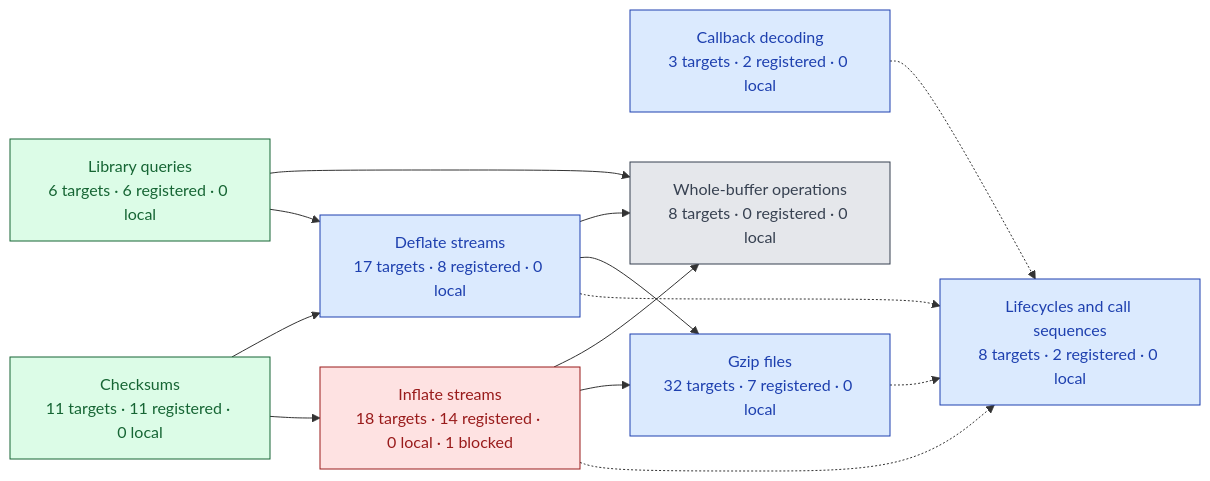
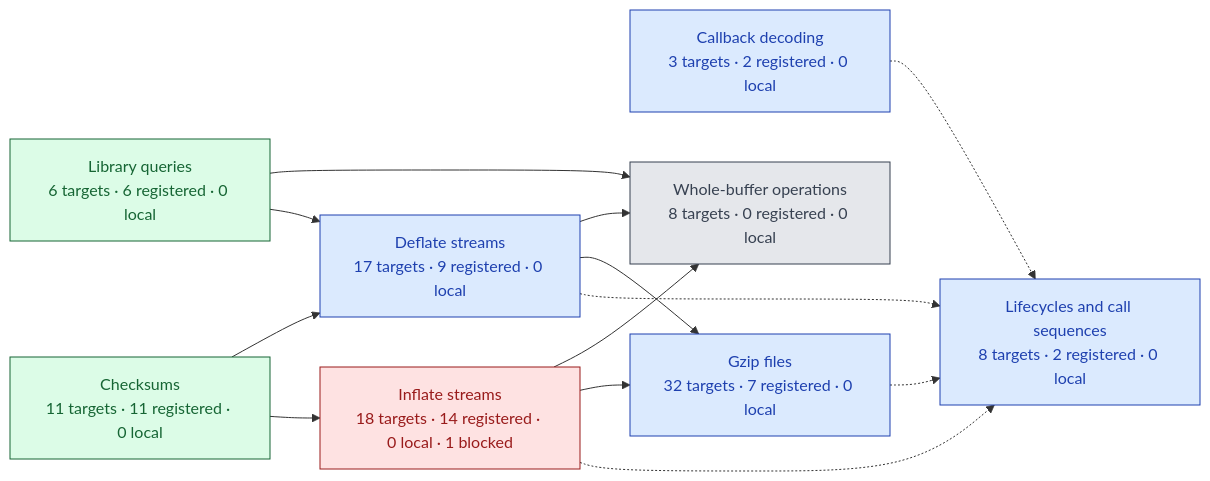
Before and after one commit to cla7aye15I4nd/zlib-f: the first of 3 diagrams in docs/overview.md, drawn with Mermaid. The commit also changed other lines of this file and 2 other files, not shown here.

Commit message:
Record the registered default initialization milestone

````diff
--- a/docs/overview.md
+++ b/docs/overview.md
@@ -37,35 +37,35 @@
 ```mermaid
 flowchart LR
   queries["Library queries<br/>6 targets · 6 registered · 0 local"]:::registered
   checksums["Checksums<br/>11 targets · 11 registered · 0 local"]:::registered
   inflate["Inflate streams<br/>18 targets · 14 registered · 0 local · 1 blocked"]:::blocked
-  deflate["Deflate streams<br/>17 targets · 8 registered · 0 local"]:::local
+  deflate["Deflate streams<br/>17 targets · 9 registered · 0 local"]:::local
   back["Callback decoding<br/>3 targets · 2 registered · 0 local"]:::local
   gzip["Gzip files<br/>32 targets · 7 registered · 0 local"]:::local
   buffers["Whole-buffer operations<br/>8 targets · 0 registered · 0 local"]:::open
   lifecycle["Lifecycles and call sequences<br/>8 targets · 2 registered · 0 local"]:::local
   back -.-> lifecycle
   checksums --> deflate
   checksums --> inflate
   deflate --> buffers
   deflate --> gzip
   deflate -.-> lifecycle
   gzip -.-> lifecycle
   inflate --> buffers
   inflate --> gzip
   inflate -.-> lifecycle
   queries --> buffers
   queries --> deflate
-  click queries href "https://github.com/cla7aye15I4nd/zlib-f/tree/dba8cbbdde28e0ddcfeae060d8ce3005d73210d7/ZlibF/Spec/Public" "Open specifications" _blank
-  click checksums href "https://github.com/cla7aye15I4nd/zlib-f/blob/dba8cbbdde28e0ddcfeae060d8ce3005d73210d7/ZlibF/Spec/Public/Checksums.lean" "Open specifications" _blank
-  click inflate href "https://github.com/cla7aye15I4nd/zlib-f/tree/dba8cbbdde28e0ddcfeae060d8ce3005d73210d7/ZlibF/Spec/Public" "Open specifications" _blank
-  click deflate href "https://github.com/cla7aye15I4nd/zlib-f/tree/dba8cbbdde28e0ddcfeae060d8ce3005d73210d7/ZlibF/Spec/Public" "Open specifications" _blank
-  click back href "https://github.com/cla7aye15I4nd/zlib-f/blob/dba8cbbdde28e0ddcfeae060d8ce3005d73210d7/ZlibF/Spec/Public/Back.lean" "Open specifications" _blank
-  click gzip href "https://github.com/cla7aye15I4nd/zlib-f/tree/dba8cbbdde28e0ddcfeae060d8ce3005d73210d7/ZlibF/Spec/Public" "Open specifications" _blank
-  click buffers href "https://github.com/cla7aye15I4nd/zlib-f/blob/dba8cbbdde28e0ddcfeae060d8ce3005d73210d7/ZlibF/Spec/Public/Utilities.lean" "Open specifications" _blank
-  click lifecycle href "https://github.com/cla7aye15I4nd/zlib-f/tree/dba8cbbdde28e0ddcfeae060d8ce3005d73210d7/ZlibF/Spec/Public" "Open specifications" _blank
+  click queries href "https://github.com/cla7aye15I4nd/zlib-f/tree/234bfef3036e52b9a52d400430ece7af13412c7b/ZlibF/Spec/Public" "Open specifications" _blank
+  click checksums href "https://github.com/cla7aye15I4nd/zlib-f/blob/234bfef3036e52b9a52d400430ece7af13412c7b/ZlibF/Spec/Public/Checksums.lean" "Open specifications" _blank
+  click inflate href "https://github.com/cla7aye15I4nd/zlib-f/tree/234bfef3036e52b9a52d400430ece7af13412c7b/ZlibF/Spec/Public" "Open specifications" _blank
+  click deflate href "https://github.com/cla7aye15I4nd/zlib-f/tree/234bfef3036e52b9a52d400430ece7af13412c7b/ZlibF/Spec/Public" "Open specifications" _blank
+  click back href "https://github.com/cla7aye15I4nd/zlib-f/blob/234bfef3036e52b9a52d400430ece7af13412c7b/ZlibF/Spec/Public/Back.lean" "Open specifications" _blank
+  click gzip href "https://github.com/cla7aye15I4nd/zlib-f/tree/234bfef3036e52b9a52d400430ece7af13412c7b/ZlibF/Spec/Public" "Open specifications" _blank
+  click buffers href "https://github.com/cla7aye15I4nd/zlib-f/blob/234bfef3036e52b9a52d400430ece7af13412c7b/ZlibF/Spec/Public/Utilities.lean" "Open specifications" _blank
+  click lifecycle href "https://github.com/cla7aye15I4nd/zlib-f/tree/234bfef3036e52b9a52d400430ece7af13412c7b/ZlibF/Spec/Public" "Open specifications" _blank
   classDef registered fill:#dcfce7,color:#166534,stroke:#166534
   classDef local fill:#dbeafe,color:#1e40af,stroke:#1e40af
   classDef open fill:#e5e7eb,color:#374151,stroke:#374151
   classDef blocked fill:#fee2e2,color:#991b1b,stroke:#991b1b
 ```
````
